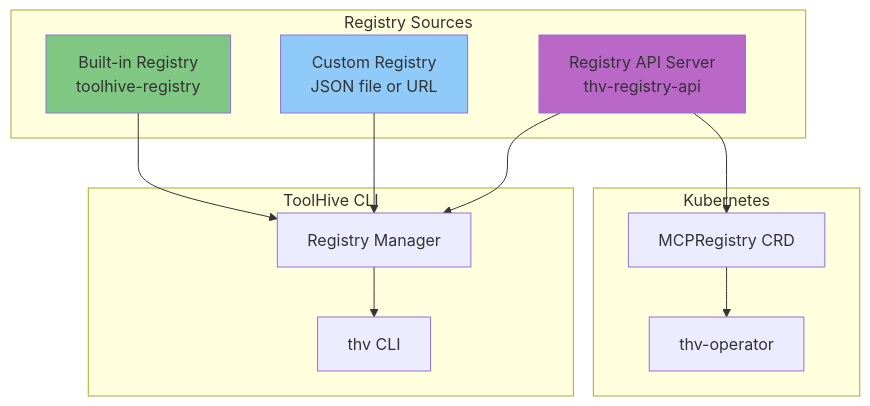
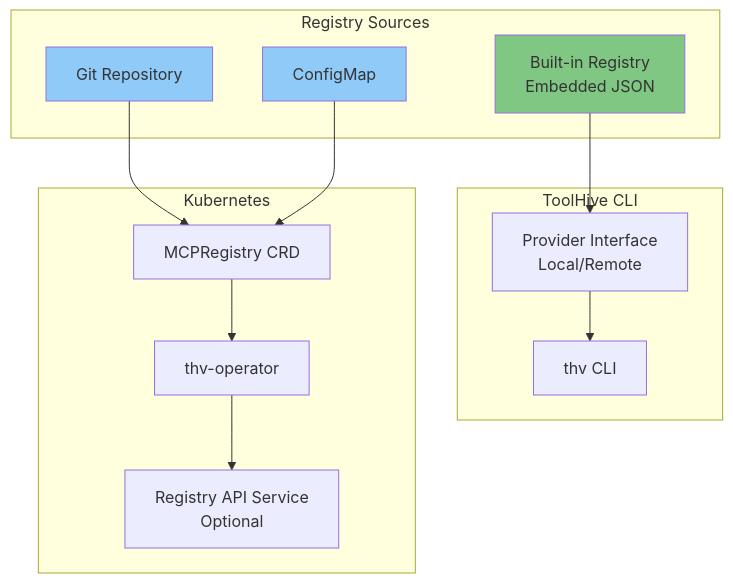
Before and after one commit to stacklok/toolhive: the diagram in docs/arch/06-registry-system.md, drawn with Mermaid. The commit also changed other lines of this file and 3 other files, not shown here.

````diff
--- a/docs/arch/06-registry-system.md
+++ b/docs/arch/06-registry-system.md
@@ -17,30 +17,31 @@
 ```mermaid
 graph TB
     subgraph "Registry Sources"
-        Builtin[Built-in Registry<br/>toolhive-registry]
-        Custom[Custom Registry<br/>JSON file or URL]
-        API[Registry API Server<br/>thv-registry-api]
+        Builtin[Built-in Registry<br/>Embedded JSON]
+        Git[Git Repository]
+        CM[ConfigMap]
     end
 
     subgraph "ToolHive CLI"
         CLI[thv CLI]
-        RegMgr[Registry Manager]
+        Provider[Provider Interface<br/>Local/Remote]
     end
 
     subgraph "Kubernetes"
         MCPReg[MCPRegistry CRD]
         Operator[thv-operator]
+        API[Registry API Service<br/>Optional]
     end
 
-    Builtin --> RegMgr
-    Custom --> RegMgr
-    API --> RegMgr
-    RegMgr --> CLI
+    Builtin --> Provider
+    Git --> MCPReg
+    CM --> MCPReg
+    Provider --> CLI
 
-    API --> MCPReg
     MCPReg --> Operator
+    Operator --> API
 
     style Builtin fill:#81c784
-    style Custom fill:#90caf9
-    style API fill:#ba68c8
+    style Git fill:#90caf9
+    style CM fill:#90caf9
 ```
````
